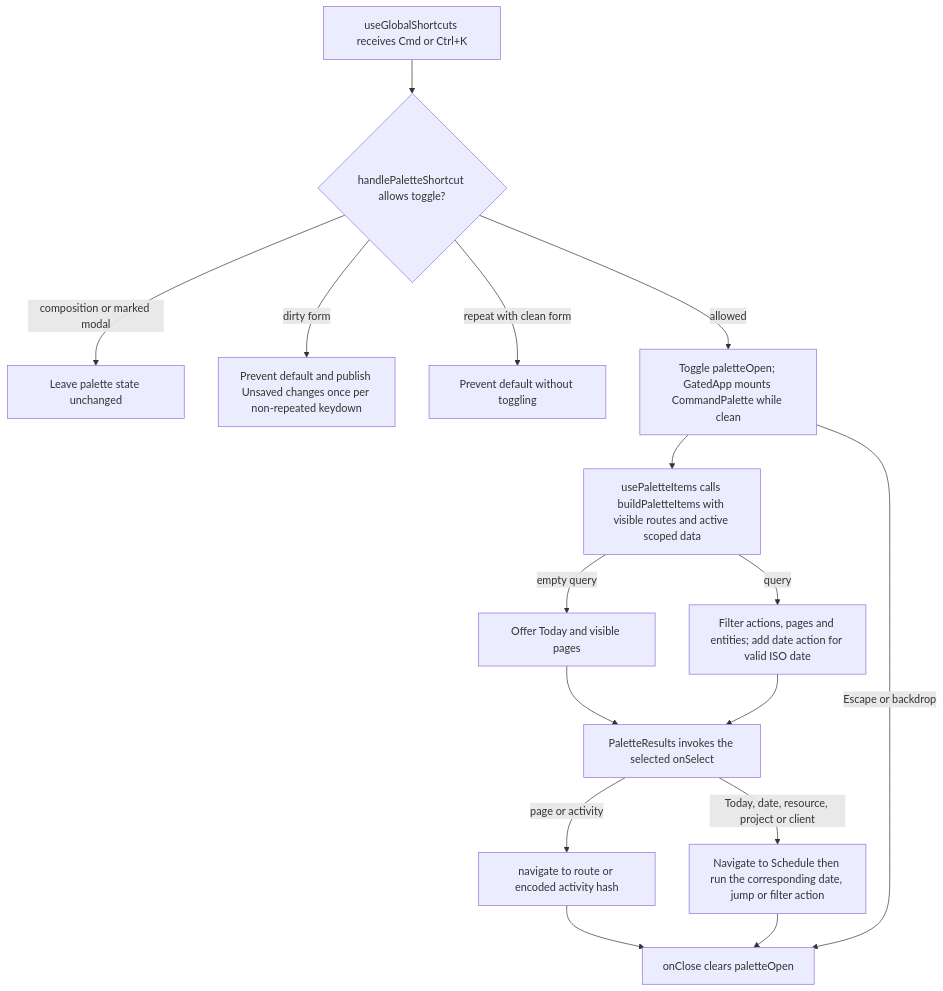
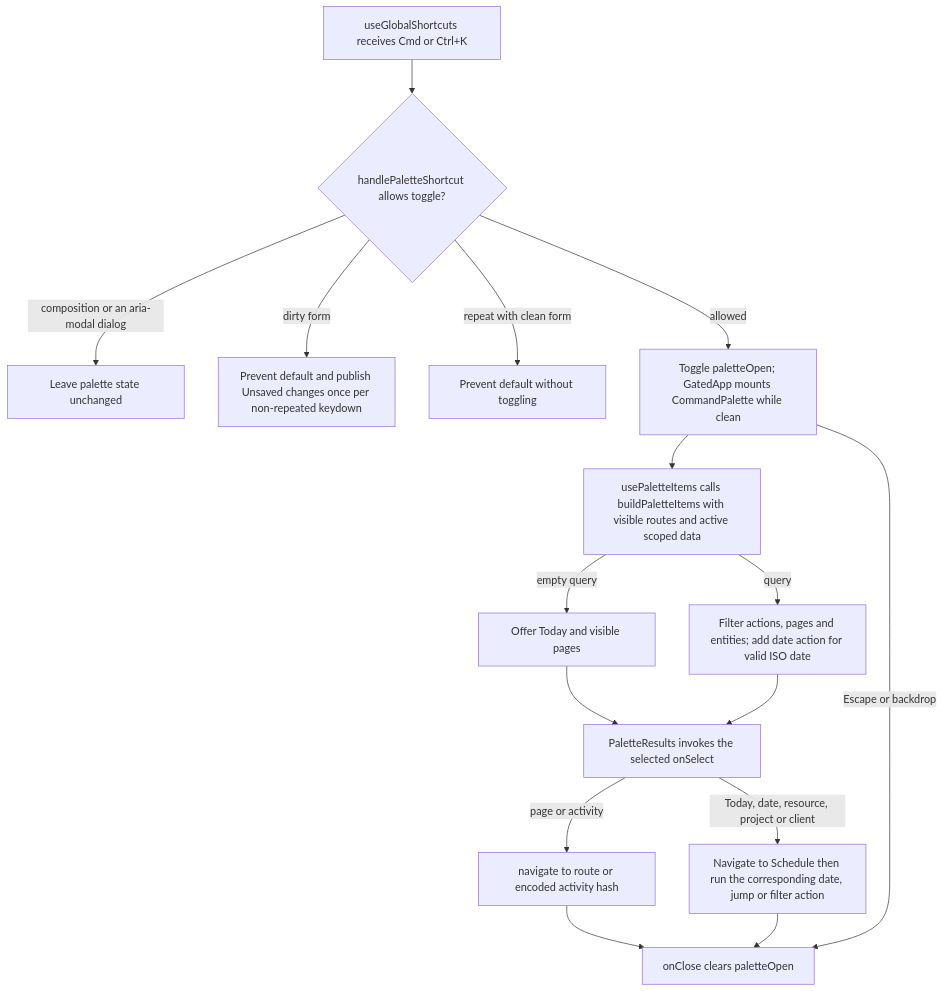
One commit to Kevinjohn/capacitylens changed the second of 2 diagrams in user-stories/navigation/US-NAV-08-command-palette.md. Above: the diagram before and after it, drawn with Mermaid. The commit also changed 28 other files, not shown here.

````diff
--- a/user-stories/navigation/US-NAV-08-command-palette.md
+++ b/user-stories/navigation/US-NAV-08-command-palette.md
@@ -36,18 +36,18 @@
 ```mermaid
 flowchart TD
   key["useGlobalShortcuts receives Cmd or Ctrl+K"] --> guard{"handlePaletteShortcut allows toggle?"}
-  guard -->|composition or marked modal| exit["Leave palette state unchanged"]
+  guard -->|composition or an aria-modal dialog| exit["Leave palette state unchanged"]
   guard -->|dirty form| notice["Prevent default and publish Unsaved changes once per non-repeated keydown"]
   guard -->|repeat with clean form| repeated["Prevent default without toggling"]
   guard -->|allowed| open["Toggle paletteOpen; GatedApp mounts CommandPalette while clean"]
   open --> build["usePaletteItems calls buildPaletteItems with visible routes and active scoped data"]
   build -->|empty query| base["Offer Today and visible pages"]
   build -->|query| search["Filter actions, pages and entities; add date action for valid ISO date"]
   base --> pick["PaletteResults invokes the selected onSelect"]
   search --> pick
   pick -->|page or activity| nav["navigate to route or encoded activity hash"]
   pick -->|Today, date, resource, project or client| schedule["Navigate to Schedule then run the corresponding date, jump or filter action"]
   nav --> close["onClose clears paletteOpen"]
   schedule --> close
   open -->|Escape or backdrop| close
 ```
````
